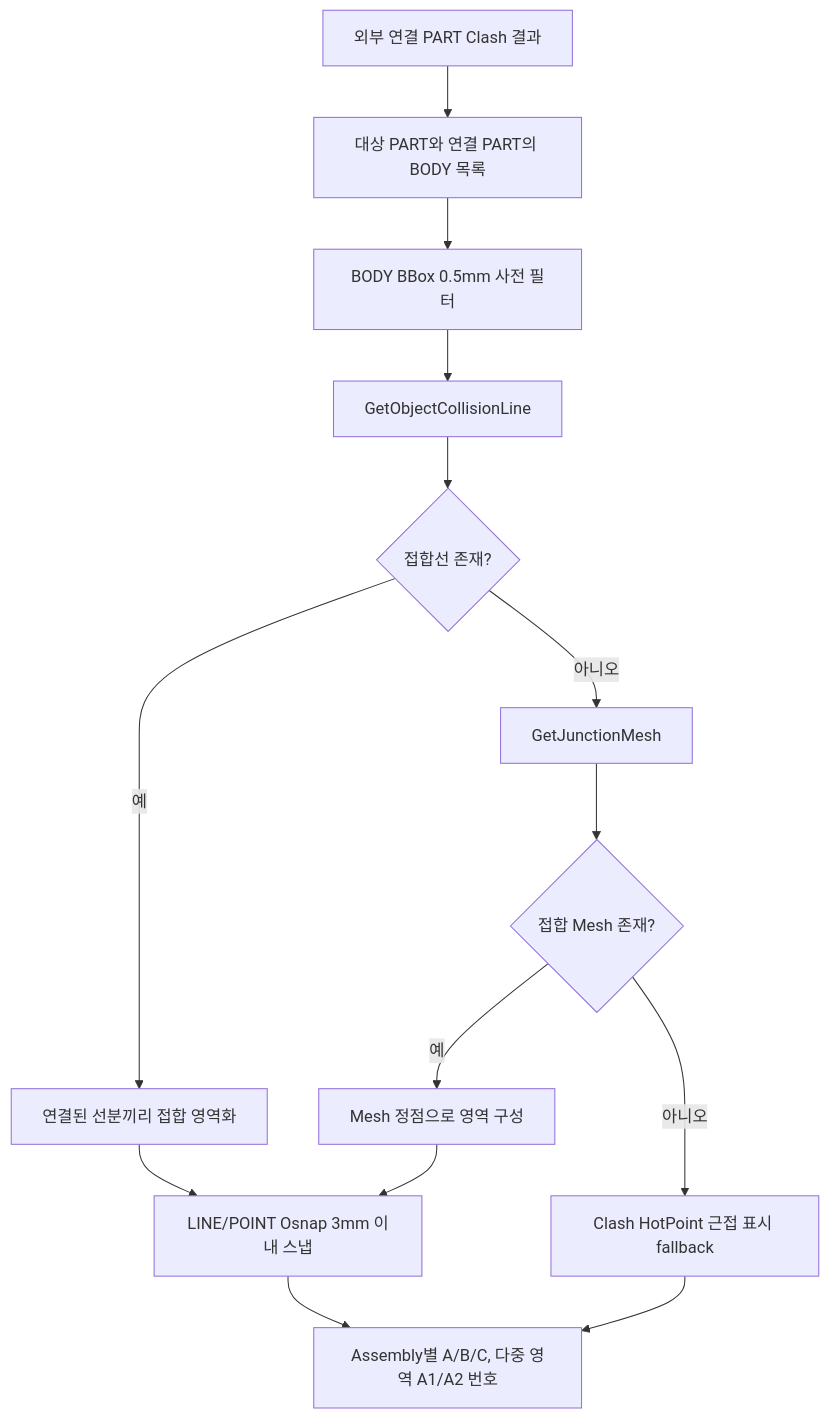
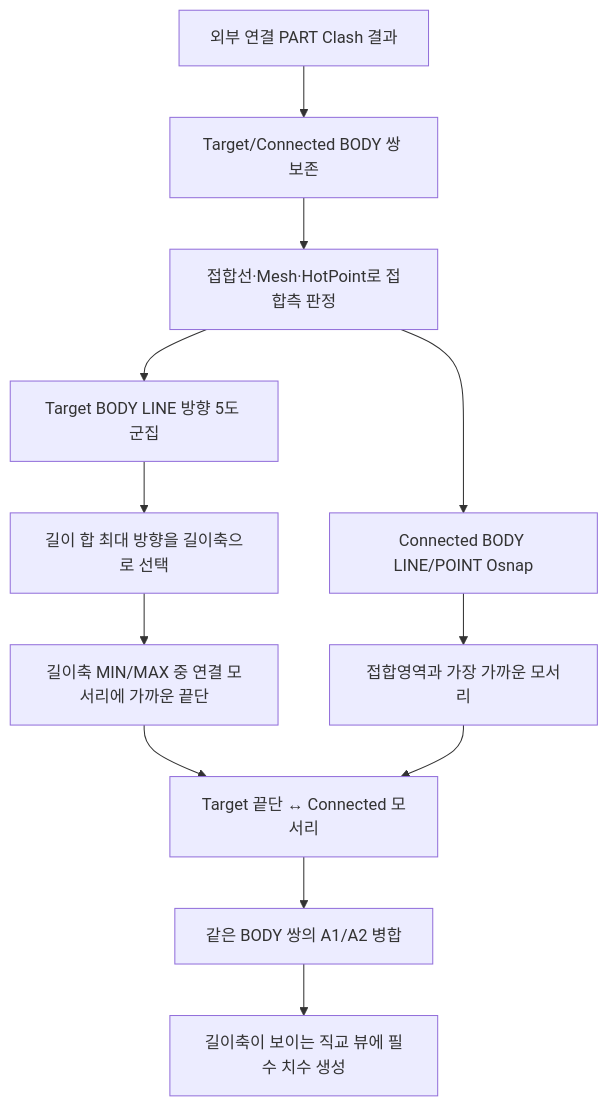
Before and after one commit to uuuuj/a2z: the diagram in docs/기능/치수/설치도 치수 추출.md, drawn with Mermaid. The commit also changed other lines of this file and 20 other files, not shown here.

````diff
--- a/docs/기능/치수/설치도 치수 추출.md
+++ b/docs/기능/치수/설치도 치수 추출.md
@@ -24,16 +24,14 @@
 ```mermaid
 flowchart TD
-    A[외부 연결 PART Clash 결과] --> B[대상 PART와 연결 PART의 BODY 목록]
-    B --> C[BODY BBox 0.5mm 사전 필터]
-    C --> D[GetObjectCollisionLine]
-    D --> E{접합선 존재?}
-    E -- 예 --> F[연결된 선분끼리 접합 영역화]
-    E -- 아니오 --> G[GetJunctionMesh]
-    G --> H{접합 Mesh 존재?}
-    H -- 예 --> I[Mesh 정점으로 영역 구성]
-    H -- 아니오 --> J[Clash HotPoint 근접 표시 fallback]
-    F --> K[LINE/POINT Osnap 3mm 이내 스냅]
-    I --> K
-    K --> L[Assembly별 A/B/C, 다중 영역 A1/A2 번호]
-    J --> L
+    A[외부 연결 PART Clash 결과] --> B[Target/Connected BODY 쌍 보존]
+    B --> C[접합선·Mesh·HotPoint로 접합측 판정]
+    C --> D[Target BODY LINE 방향 5도 군집]
+    D --> E[길이 합 최대 방향을 길이축으로 선택]
+    E --> F[길이축 MIN/MAX 중 연결 모서리에 가까운 끝단]
+    C --> G[Connected BODY LINE/POINT Osnap]
+    G --> H[접합영역과 가장 가까운 모서리]
+    F --> I[Target 끝단 ↔ Connected 모서리]
+    H --> I
+    I --> J[같은 BODY 쌍의 A1/A2 병합]
+    J --> K[길이축이 보이는 직교 뷰에 필수 치수 생성]
 ```
````
